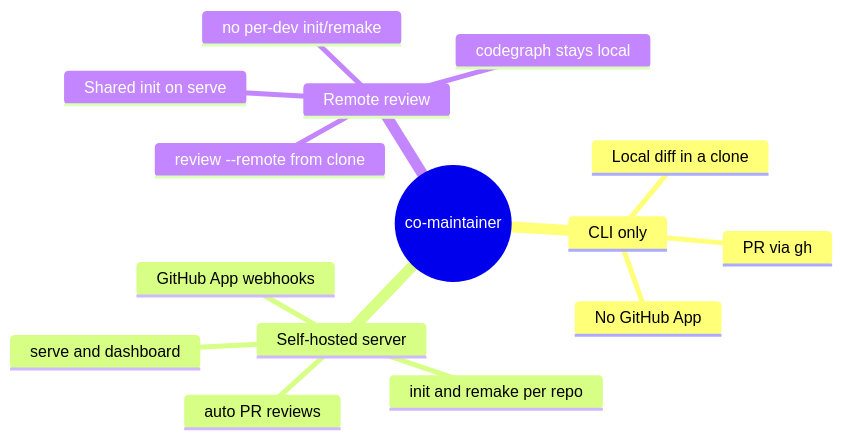
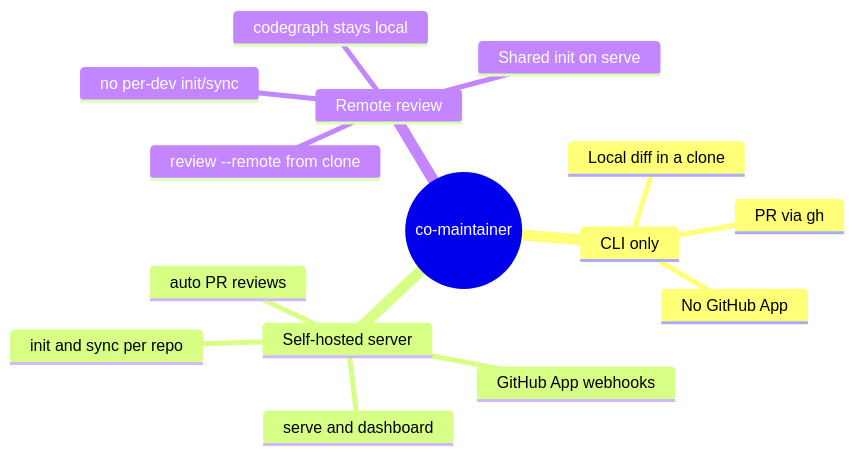
The second of 3 diagrams in docs/md/getting-started.md (GroophyLifefor/co-maintainer), drawn with Mermaid before and after one commit. The commit also changed other lines of this file and 40 other files, not shown here.

First line of the commit message:
Rename the user-facing remake command to sync

````diff
--- a/docs/md/getting-started.md
+++ b/docs/md/getting-started.md
@@ -62,18 +62,18 @@
 ```mermaid
 mindmap
   root((co-maintainer))
     CLI only
       Local diff in a clone
       PR via gh
       No GitHub App
     Self-hosted server
       serve and dashboard
-      init and remake per repo
+      init and sync per repo
       GitHub App webhooks
       auto PR reviews
     Remote review
       Shared init on serve
-      no per-dev init/remake
+      no per-dev init/sync
       review --remote from clone
       codegraph stays local
 ```
````
